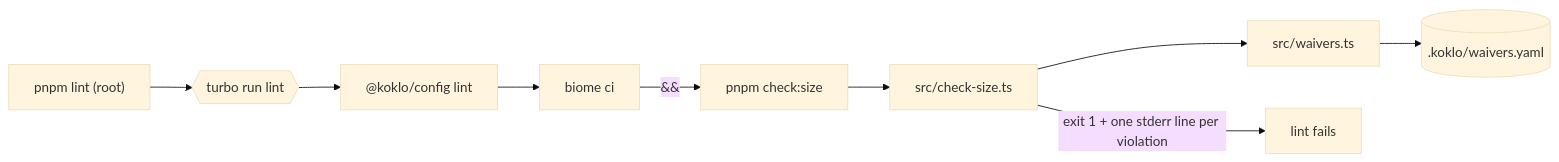
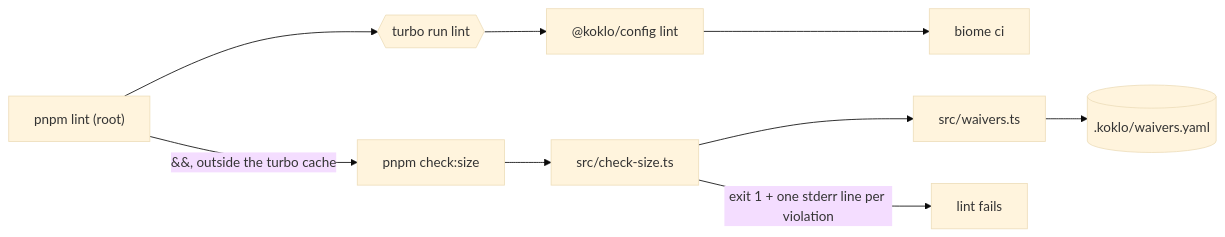
One commit to koklo-dev/koklo changed the fifth of 7 diagrams in docs/architecture.md. Above: the diagram before and after it, drawn with Mermaid (base theme). The commit also changed other lines of this file and 1 other file, not shown here.

Commit message:
docs(config): align check:size wiring docs and declare the yaml dependency

````diff
--- a/docs/architecture.md
+++ b/docs/architecture.md
@@ -134,11 +134,11 @@
 ```mermaid
 flowchart LR
   lint["pnpm lint (root)"] --> turbo{{"turbo run lint"}}
   turbo --> pkg["@koklo/config lint"]
   pkg --> biome["biome ci"]
-  biome -->|"&&"| size["pnpm check:size"]
+  lint -->|"&&, outside the turbo cache"| size["pnpm check:size"]
   size --> cs["src/check-size.ts"]
   cs --> w["src/waivers.ts"]
   w --> y[(".koklo/waivers.yaml")]
   cs -->|"exit 1 + one stderr line per violation"| fail[lint fails]
 ```
````
